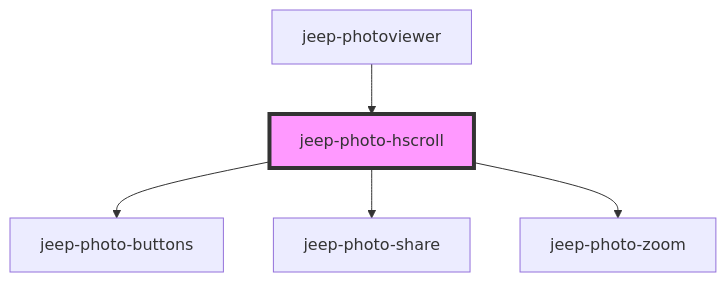
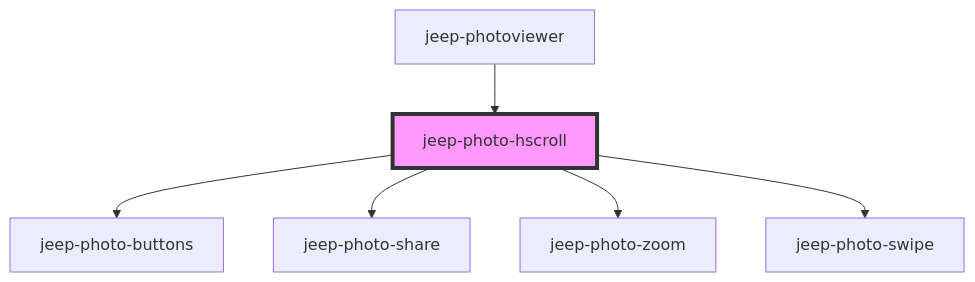
The diagram in src/components/jeep-photoviewer/jeep-photo-hscroll/readme.md (jepiqueau/jeep-photoviewer), drawn with Mermaid before and after one commit. The commit also changed other lines of this file and 8 other files, not shown here.

````diff
--- a/src/components/jeep-photoviewer/jeep-photo-hscroll/readme.md
+++ b/src/components/jeep-photoviewer/jeep-photo-hscroll/readme.md
@@ -62,8 +64,9 @@
 ```mermaid
 graph TD;
   jeep-photo-hscroll --> jeep-photo-buttons
   jeep-photo-hscroll --> jeep-photo-share
   jeep-photo-hscroll --> jeep-photo-zoom
+  jeep-photo-hscroll --> jeep-photo-swipe
   jeep-photoviewer --> jeep-photo-hscroll
   style jeep-photo-hscroll fill:#f9f,stroke:#333,stroke-width:4px
 ```
````
